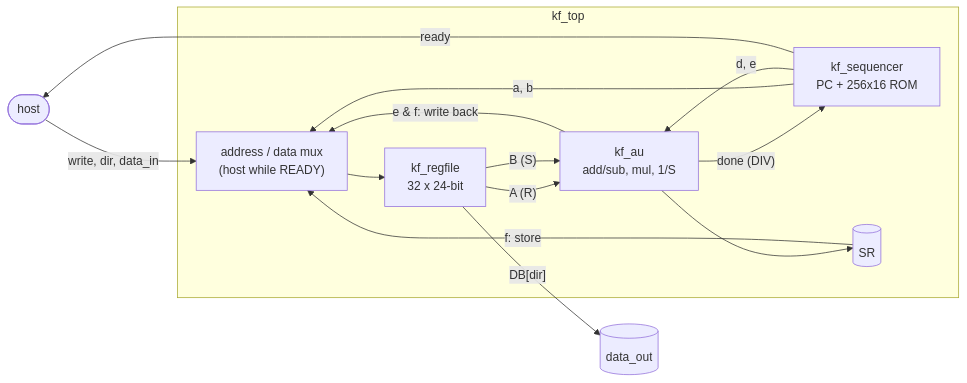
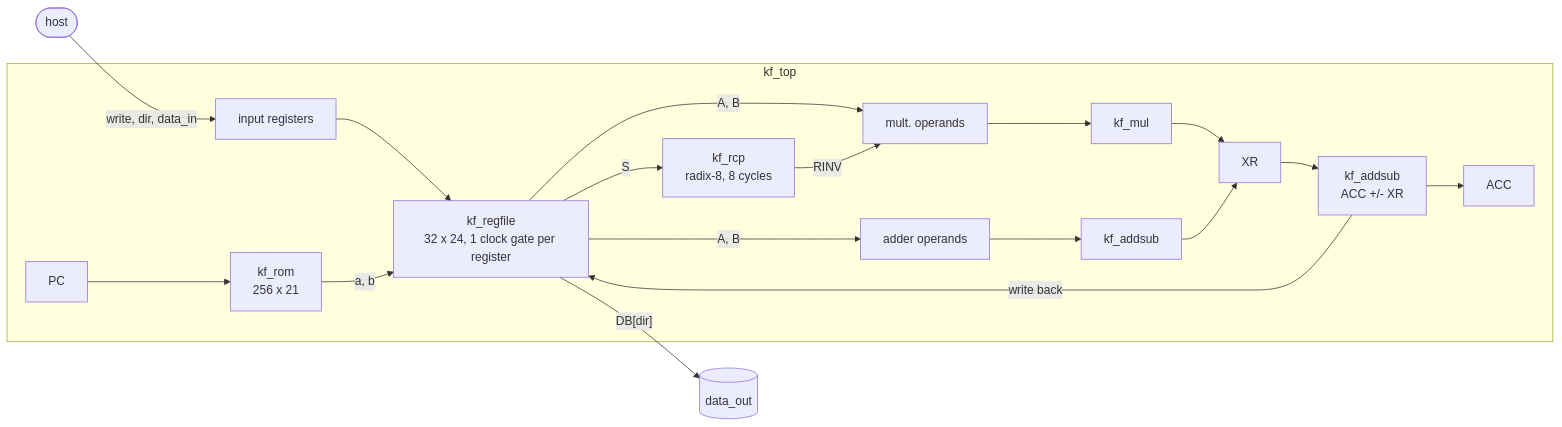
Before and after one commit to gh0stintheshe11/Kalman-Filter-ASIC: the diagram in docs/architecture.md, drawn with Mermaid. The commit also changed other lines of this file and 24 other files, not shown here.

````diff
--- a/docs/architecture.md
+++ b/docs/architecture.md
@@ -11,17 +15,18 @@
 ```mermaid
 flowchart LR
-    host([host]) -- "write, dir, data_in" --> MUXA
+    host([host]) -- "write, dir, data_in" --> HIF["input registers"]
     subgraph kf_top
-        SEQ["kf_sequencer<br/>PC + 256x16 ROM"] -- "a, b" --> MUXA
-        MUXA["address / data mux<br/>(host while READY)"] --> RF["kf_regfile<br/>32 x 24-bit"]
-        RF -- "A (R)" --> AU["kf_au<br/>add/sub, mul, 1/S"]
-        RF -- "B (S)" --> AU
-        AU --> SR[(SR)]
-        AU -- "e & f: write back" --> MUXA
-        SR -- "f: store" --> MUXA
-        SEQ -- "d, e" --> AU
-        AU -- "done (DIV)" --> SEQ
+        HIF --> RF
+        PC["PC"] --> ROM["kf_rom<br/>256 x 21"]
+        ROM -- "a, b" --> RF["kf_regfile<br/>32 x 24, 1 clock gate per register"]
+        RF -- "A, B" --> MOP["mult. operands"] --> MUL["kf_mul"]
+        RF -- "A, B" --> AOP["adder operands"] --> ALU["kf_addsub"]
+        RF -- "S" --> RCP["kf_rcp<br/>radix-8, 8 cycles"]
+        RCP -- "RINV" --> MOP
+        MUL --> XR["XR"]
+        ALU --> XR
+        XR --> WB["kf_addsub<br/>ACC +/- XR"] --> ACC["ACC"]
+        WB -- "write back" --> RF
     end
     RF -- "DB[dir]" --> DOUT[(data_out)]
-    SEQ -- "ready" --> host
 ```
````
